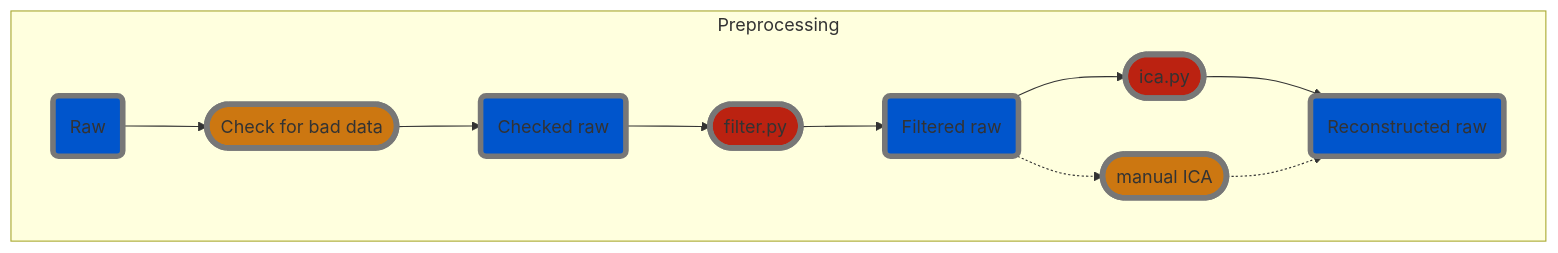
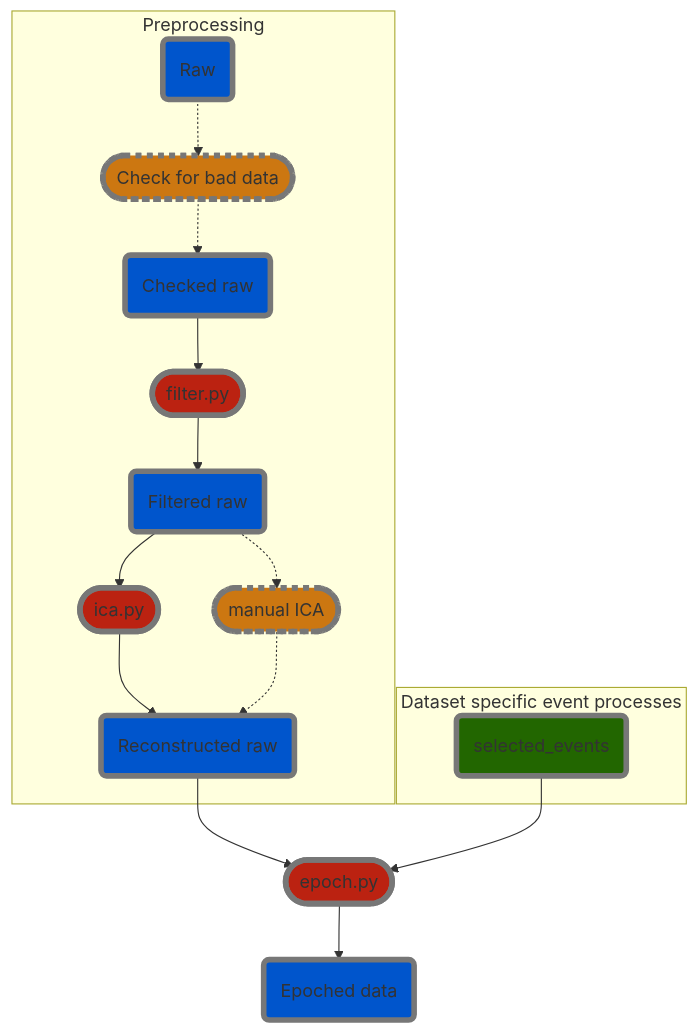
One commit to hiroyoshi-yamasaki/MNE-MVPA changed the diagram in README.md. Above: the diagram before and after it, drawn with Mermaid.

Commit message:
issue was keyword 'filter'

````diff
--- a/README.md
+++ b/README.md
@@ -4,30 +4,40 @@
 ```mermaid
 graph TD
     %% Processes
     classDef automatic_process fill: #b21, stroke-width: 5px, stroke: #777
-    classDef manual_process fill: #c71, stroke-width: 5px, stroke: #777
+    classDef manual_process fill: #c71, stroke-width: 5px, stroke: #777, stroke-dasharray: 5, 5;
     
     %% Data
     classDef mne_data fill: #05c, stroke-width: 5px, stroke: #777
     classDef event_data fill: #260, stroke-width: 5px, stroke: #777
     classDef other_data fill: #55c, stroke-width: 5px, stroke: #777
 
     %% Preprocessing MEG data
     subgraph "Preprocessing"
     
         %% Manual check for bad channels, artefacts etc.
-        raw_data("Raw"):::mne_data --> check_raw(["Check for bad data"]):::manual_process;
-        check_raw --> checked_raw("Checked raw"):::mne_data;
+        raw_data("Raw"):::mne_data -.-> check_raw(["Check for bad data"]):::manual_process;
+        check_raw -.-> checked_raw("Checked raw"):::mne_data;
         
         %% Filter the raw files
         checked_raw --> filter_raw(["filter.py"]):::automatic_process;
         filter_raw --> filtered_raw("Filtered raw"):::mne_data;
         
         %% Artefact removal with ICA
         filtered_raw --> ica(["ica.py"]):::automatic_process;
         ica --> recon_raw("Reconstructed raw"):::mne_data;
         filtered_raw -.-> man_ica(["manual ICA"]):::manual_process;
         man_ica -.-> recon_raw;
     end
     
+    %% Processes specific to datasets (event processing)
+    subgraph "Dataset specific event processes"
+        selected_events("selected_events"):::event_data;
+    end
+    
+    %% Epoching
+    recon_raw --> epoch(["epoch.py"]):::automatic_process;
+    selected_events --> epoch;
+    epoch --> epochs("Epoched data"):::mne_data;
+    
 ```
````
